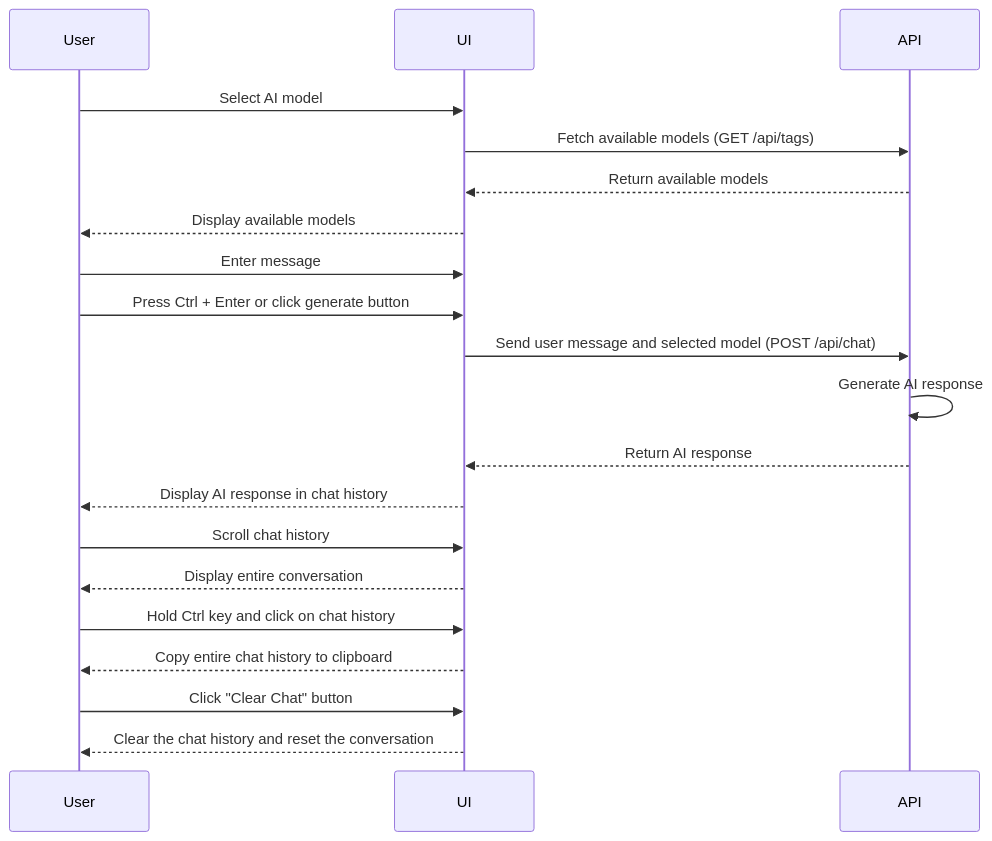
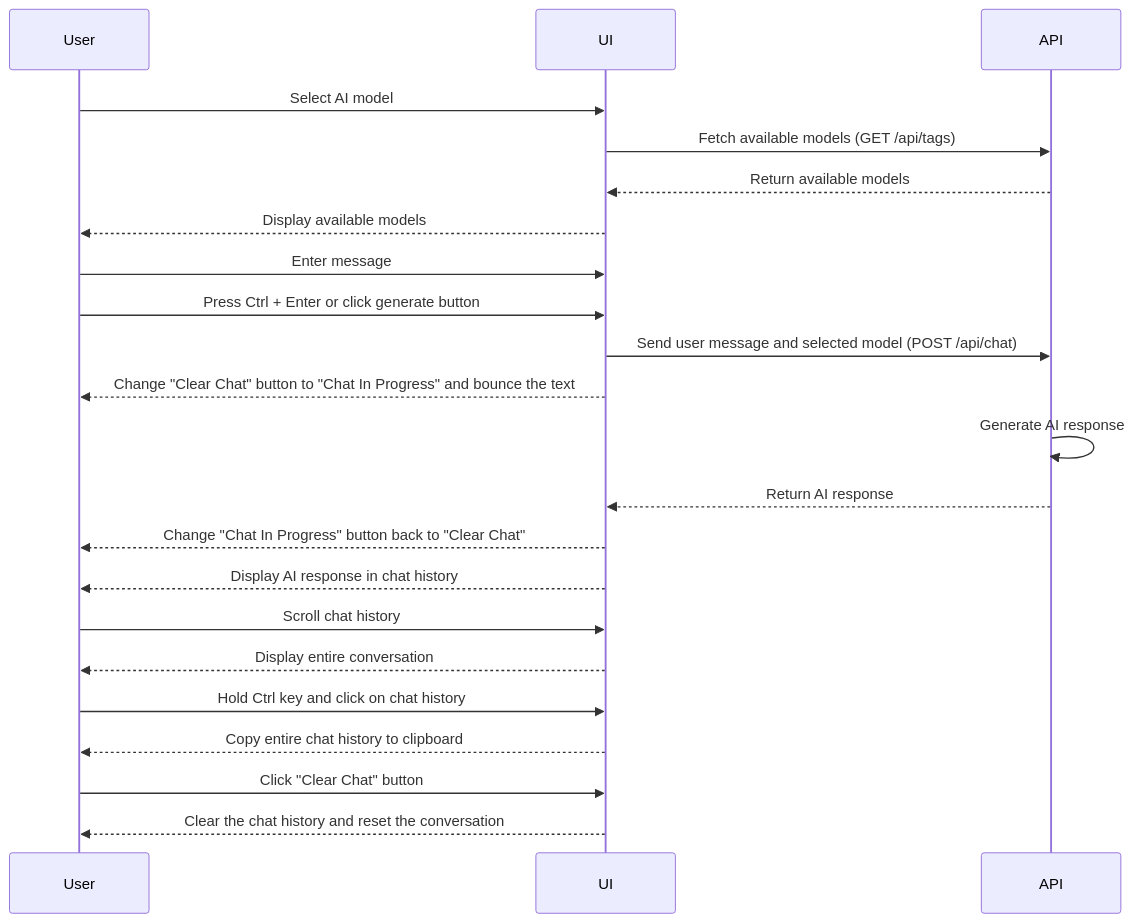
One commit to czrpb/chatter changed the first of 2 diagrams in user-stories.md. Above: the diagram before and after it, drawn with Mermaid. The commit also changed 3 other files, not shown here.

````diff
--- a/user-stories.md
+++ b/user-stories.md
@@ -20,27 +20,29 @@
 ```mermaid
 sequenceDiagram
     participant User
     participant UI
     participant API
 
     User->>UI: Select AI model
     UI->>API: Fetch available models (GET /api/tags)
     API-->>UI: Return available models
     UI-->>User: Display available models
 
     User->>UI: Enter message
     User->>UI: Press Ctrl + Enter or click generate button
     UI->>API: Send user message and selected model (POST /api/chat)
+    UI-->>User: Change "Clear Chat" button to "Chat In Progress" and bounce the text
     API->>API: Generate AI response
     API-->>UI: Return AI response
+    UI-->>User: Change "Chat In Progress" button back to "Clear Chat"
     UI-->>User: Display AI response in chat history
 
     User->>UI: Scroll chat history
     UI-->>User: Display entire conversation
 
     User->>UI: Hold Ctrl key and click on chat history
     UI-->>User: Copy entire chat history to clipboard
 
     User->>UI: Click "Clear Chat" button
     UI-->>User: Clear the chat history and reset the conversation
 ```
````
